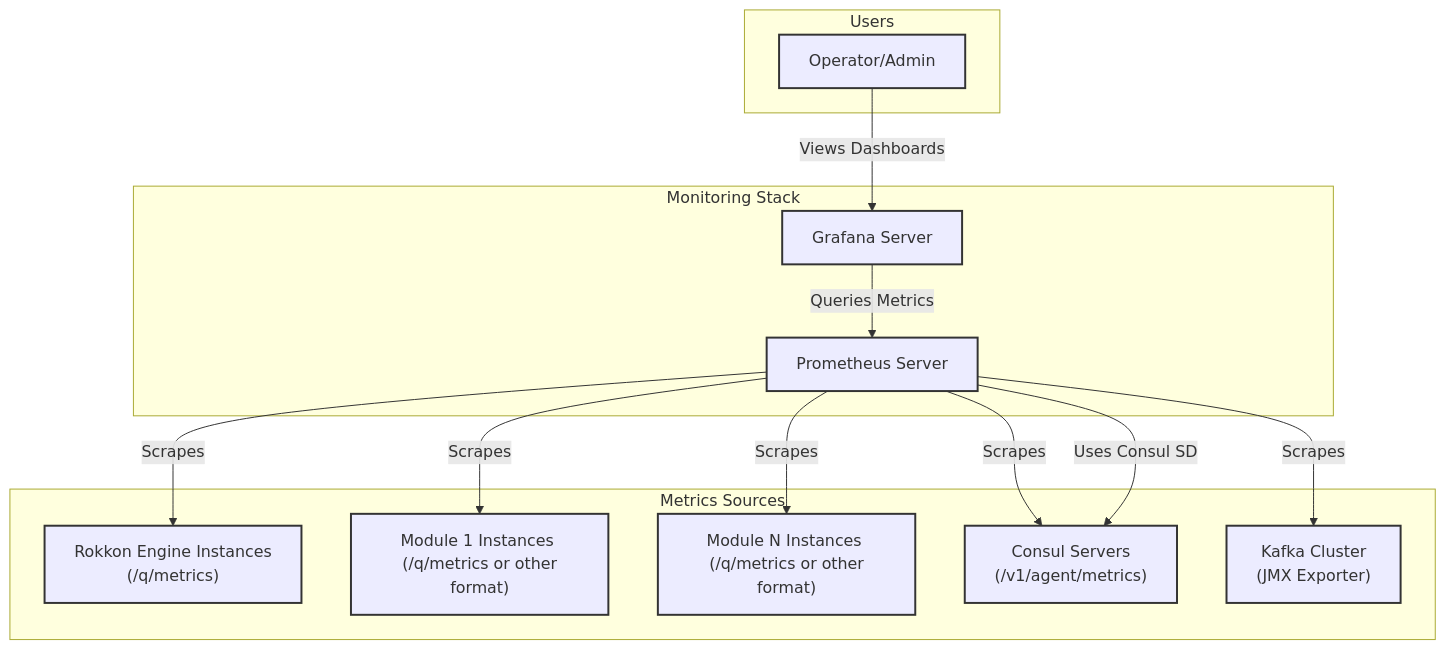
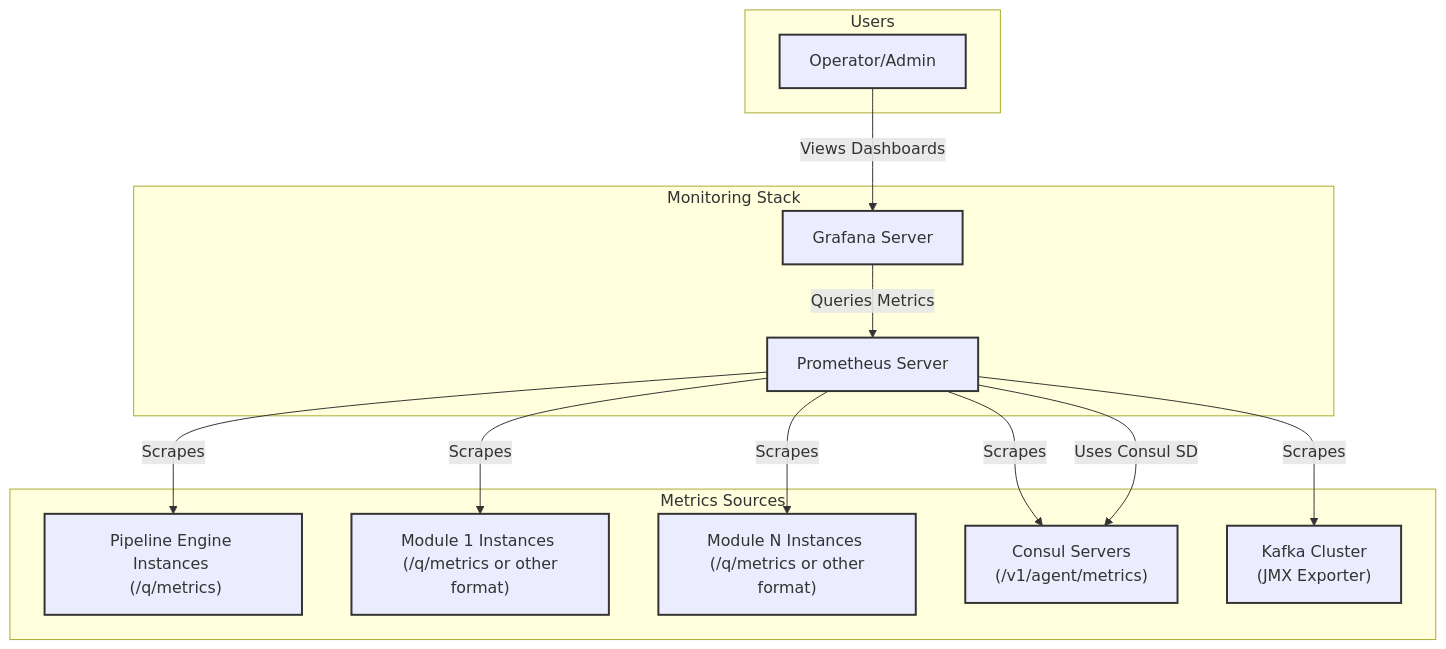
One commit to krickert/rokkon changed the first of 2 diagrams in ARCHITECTURE/Monitoring_operations.md. Above: the diagram before and after it, drawn with Mermaid. The commit also changed other lines of this file and 75 other files, not shown here.

````diff
--- a/ARCHITECTURE/Monitoring_operations.md
+++ b/ARCHITECTURE/Monitoring_operations.md
@@ -44,36 +44,36 @@
 ```mermaid
 graph TD
     subgraph "Metrics Sources"
-        RokkonEngine["Rokkon Engine Instances <br> (/q/metrics)"]
+        PipelineEngine["Pipeline Engine Instances <br> (/q/metrics)"]
         Module1["Module 1 Instances <br> (/q/metrics or other format)"]
         ModuleN["Module N Instances <br> (/q/metrics or other format)"]
         ConsulServer["Consul Servers <br> (/v1/agent/metrics)"]
         KafkaCluster["Kafka Cluster <br> (JMX Exporter)"]
     end
 
     subgraph "Monitoring Stack"
-        Prometheus[Prometheus Server] -- Scrapes --> RokkonEngine
+        Prometheus[Prometheus Server] -- Scrapes --> PipelineEngine
         Prometheus -- Scrapes --> Module1
         Prometheus -- Scrapes --> ModuleN
         Prometheus -- Scrapes --> ConsulServer
         Prometheus -- Scrapes --> KafkaCluster
 
         Grafana[Grafana Server] -- Queries Metrics --> Prometheus
     end
 
     subgraph "Users"
         Operator[Operator/Admin] -- Views Dashboards --> Grafana
     end
 
     %% Service Discovery for Prometheus
     %% To find Engine/Module instances
     Prometheus -- "Uses Consul SD" --> ConsulServer
 
     classDef source fill:#lightblue,stroke:#333,stroke-width:2px;
     classDef stack fill:#lightgreen,stroke:#333,stroke-width:2px;
     classDef user fill:#lightcoral,stroke:#333,stroke-width:2px;
 
-    class RokkonEngine,Module1,ModuleN,ConsulServer,KafkaCluster source;
+    class PipelineEngine,Module1,ModuleN,ConsulServer,KafkaCluster source;
     class Prometheus,Grafana stack;
     class Operator user;
 ```
````
